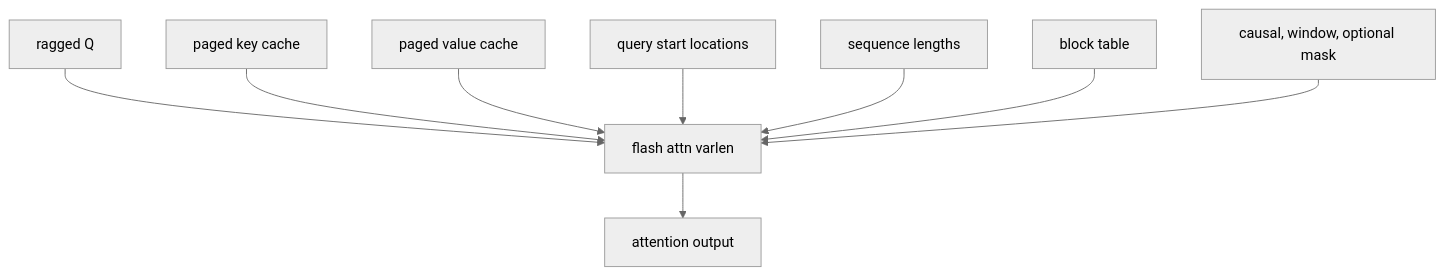
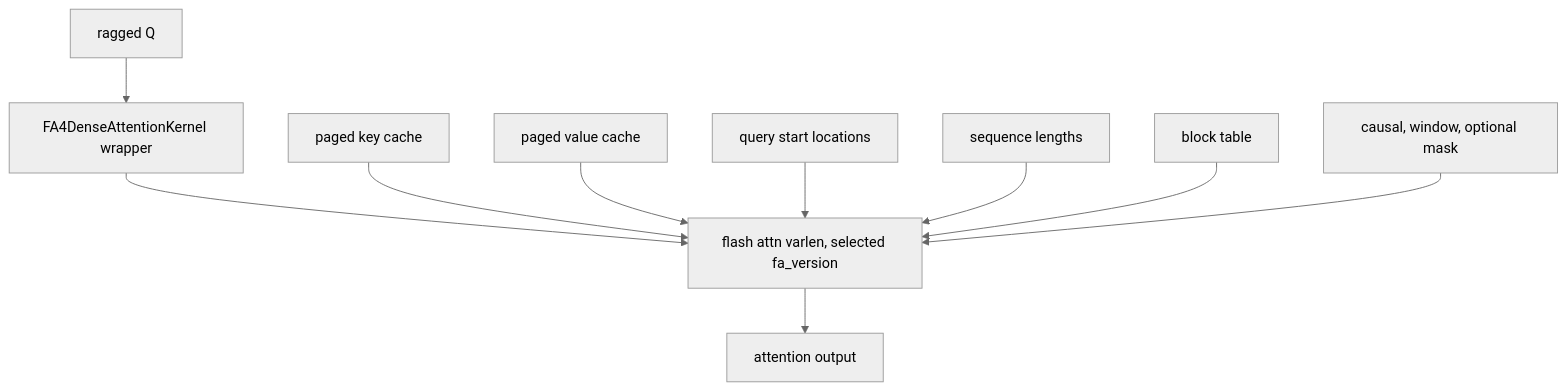
One commit to cluster1900/vllm_reader changed diagram 34 of 41 in book/06-paged-attention/README.md. Above: the diagram before and after it, drawn with Mermaid (neutral theme). The commit also changed other lines of this file and 37 other files, not shown here.

````diff
--- a/book/06-paged-attention/README.md
+++ b/book/06-paged-attention/README.md
@@ -1118,11 +1171,12 @@
 ```mermaid
 flowchart TB
-    Q["ragged Q"] --> FA["flash attn varlen"]
+    Q["ragged Q"] --> WRAP["FA4DenseAttentionKernel wrapper"]
+    WRAP --> FA["flash attn varlen, selected fa_version"]
     KC["paged key cache"] --> FA
     VC["paged value cache"] --> FA
     QS["query start locations"] --> FA
     SL["sequence lengths"] --> FA
     BT["block table"] --> FA
     MASK["causal, window, optional mask"] --> FA
     FA --> O["attention output"]
 ```
````
